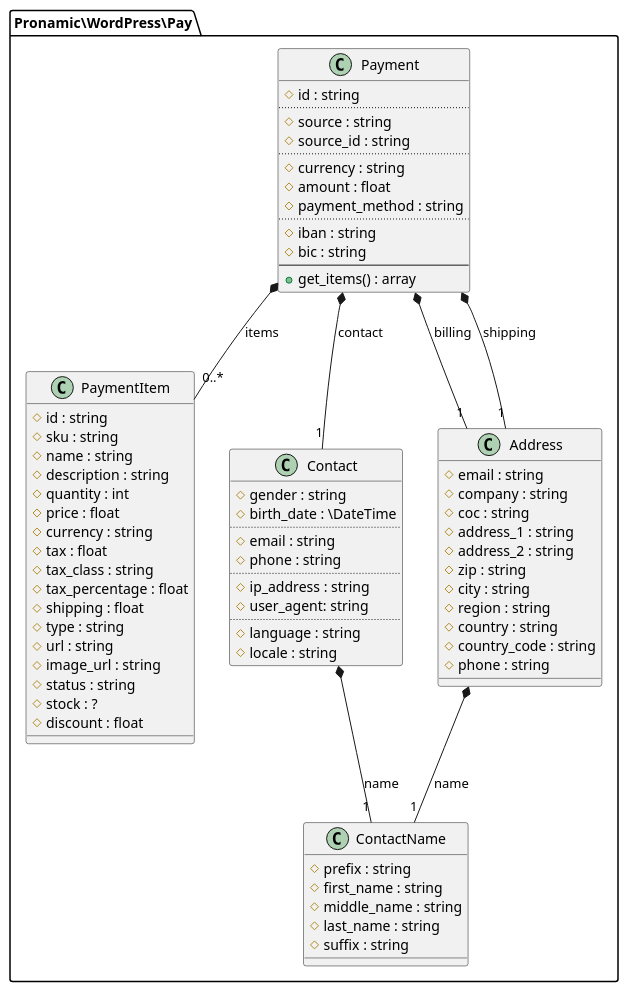
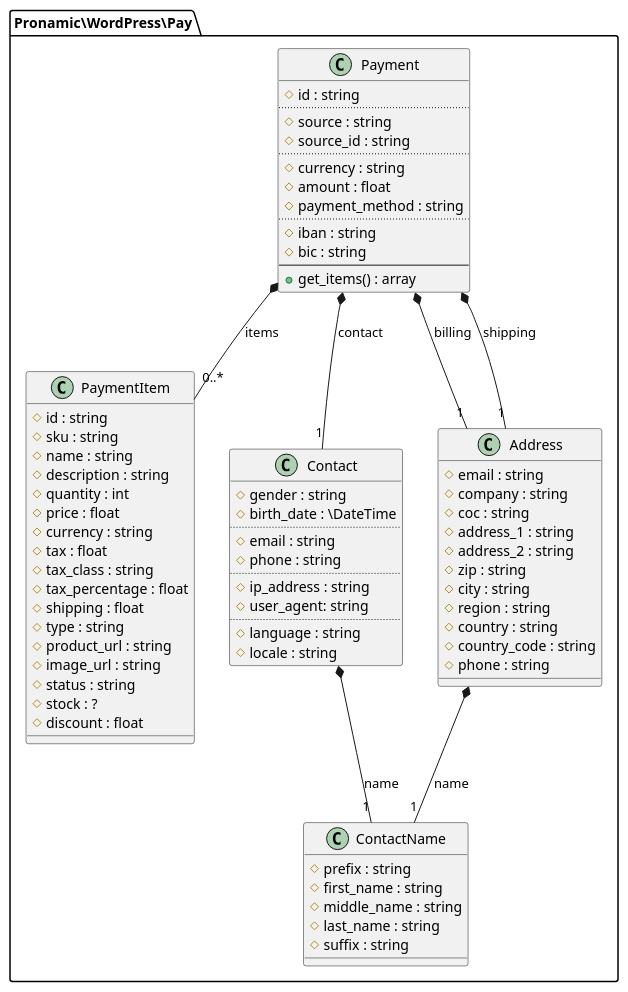
The diagram in documentation/afterpay.plantuml (8KCool/WordPress-Plugin-iDEAL-Bancontact-), drawn with PlantUML before and after one commit. The commit also changed 1 other file, not shown here.

Commit message:
Rename `url` to `product_url` in payment line.

```diff
--- a/documentation/afterpay.plantuml
+++ b/documentation/afterpay.plantuml
@@ -1,86 +1,86 @@
 @startuml
 
 namespace Pronamic\WordPress\Pay {
 	class Payment {
 		#id : string
 		..
 		#source : string
 		#source_id : string
 		..
 		#currency : string
 		#amount : float
 		#payment_method : string
 		..
 		#iban : string
 		#bic : string
 		--
 		+get_items() : array
 	}
 
 	class PaymentItem {
 		#id : string
 		#sku : string
 		#name : string
 		#description : string
 		#quantity : int
 		#price : float
 		#currency : string
 		#tax : float
 		#tax_class : string
 		#tax_percentage : float
 		#shipping : float
 		#type : string
-		#url : string
+		#product_url : string
 		#image_url : string
 		#status : string
 		#stock : ?
 		#discount : float
 	}
 
 	class Contact {
 		#gender : string
 		#birth_date : \DateTime
 		..
 		#email : string
 		#phone : string
 		..
 		#ip_address : string
 		#user_agent: string
 		..
 		#language : string
 		#locale : string
 	}
 
 	Contact *-- "1" ContactName : name
 
 	class ContactName {
 		#prefix : string
 		#first_name : string
 		#middle_name : string
 		#last_name : string
 		#suffix : string
 	}
 
 	class Address {
 		#email : string
 		#company : string
 		#coc : string
 		#address_1 : string
 		#address_2 : string
 		#zip : string
 		#city : string
 		#region : string
 		#country : string
 		#country_code : string
 		#phone : string
 	}
 
 	Address *-- "1" ContactName : name
 
 	Payment *-- "1" Contact : contact
 	Payment *-- "1" Address : billing
 	Payment *-- "1" Address : shipping
 	Payment *-- "0..*" PaymentItem : items
 }
 
 @enduml
```
